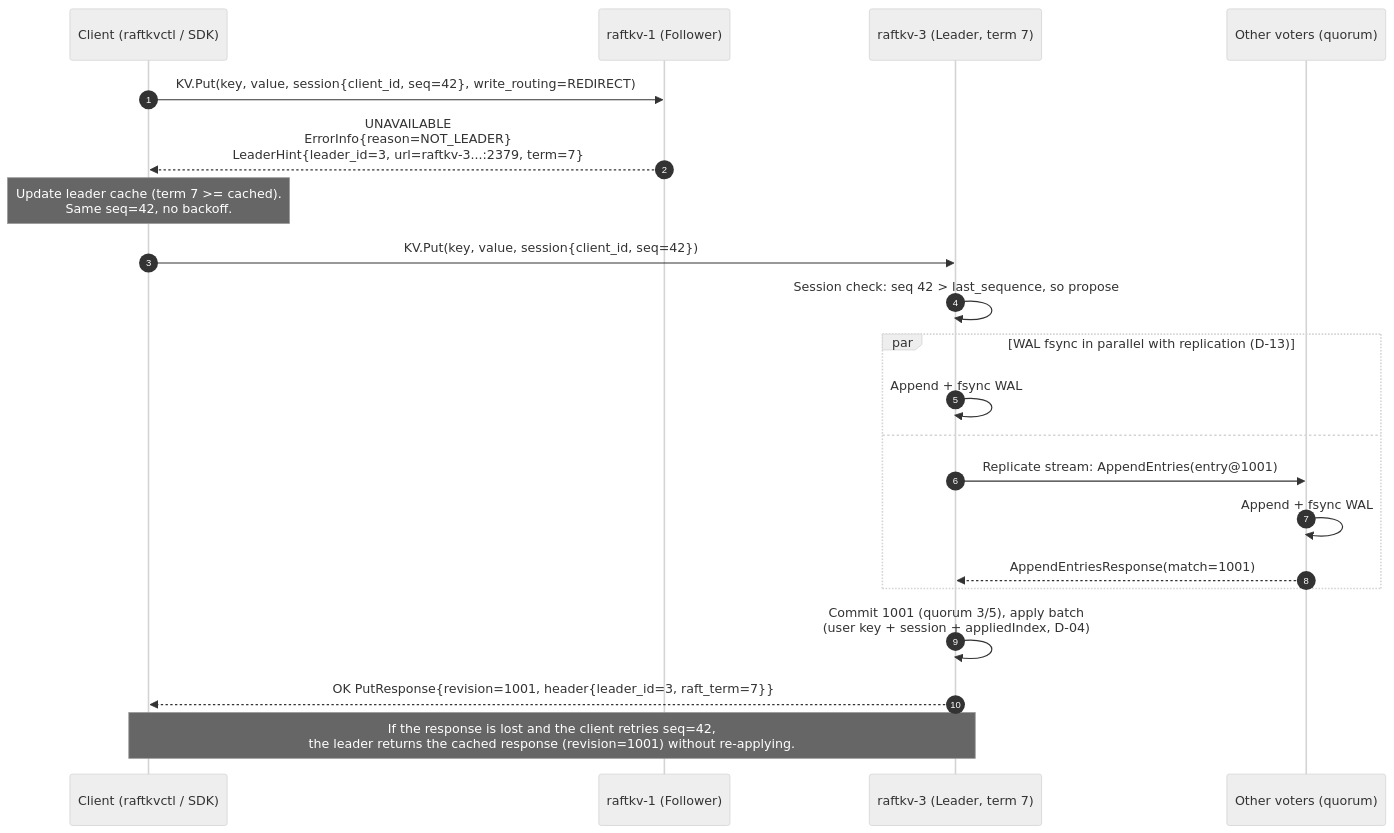
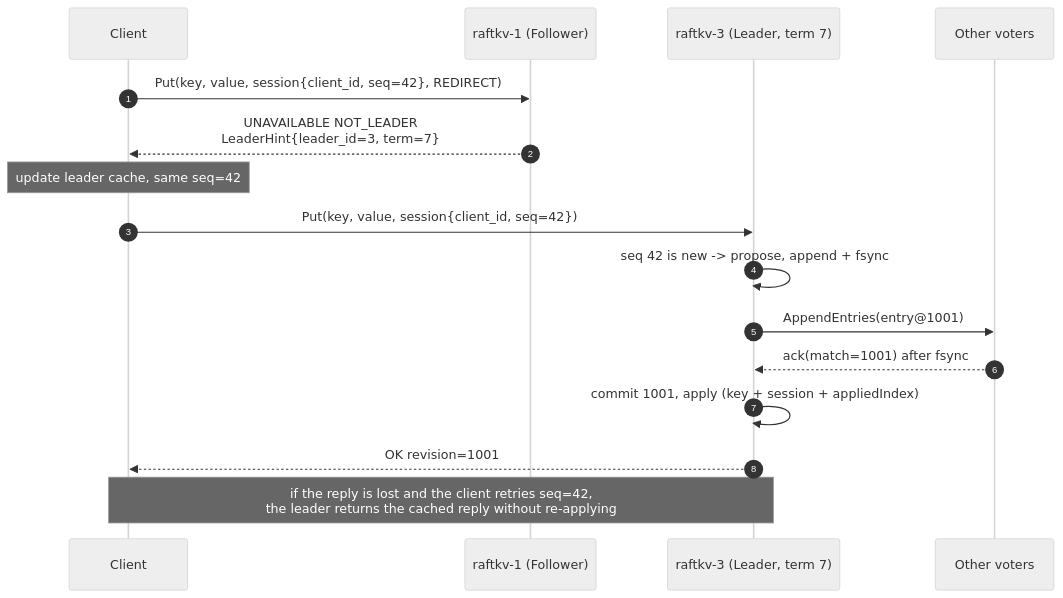
Before and after one commit to bibekgupta3333/raftkv-distributed-store: the diagram in docs/api-design.md, drawn with Mermaid (neutral theme). The commit also changed other lines of this file and 3 other files, not shown here.

First line of the commit message:
docs: simplify architecture, system, API and storage design

````diff
--- a/docs/api-design.md
+++ b/docs/api-design.md
@@ -558,25 +469,19 @@
 ```mermaid
 sequenceDiagram
     autonumber
-    participant C as Client (raftkvctl / SDK)
+    participant C as Client
     participant F as raftkv-1 (Follower)
     participant L as raftkv-3 (Leader, term 7)
-    participant P as Other voters (quorum)
+    participant P as Other voters
 
-    C->>F: KV.Put(key, value, session{client_id, seq=42}, write_routing=REDIRECT)
-    F-->>C: UNAVAILABLE<br/>ErrorInfo{reason=NOT_LEADER}<br/>LeaderHint{leader_id=3, url=raftkv-3...:2379, term=7}
-    Note over C: Update leader cache (term 7 >= cached).<br/>Same seq=42, no backoff.
-    C->>L: KV.Put(key, value, session{client_id, seq=42})
-    L->>L: Session check: seq 42 > last_sequence, so propose
-    par WAL fsync in parallel with replication (D-13)
-        L->>L: Append + fsync WAL
-    and
-        L->>P: Replicate stream: AppendEntries(entry@1001)
-        P->>P: Append + fsync WAL
-        P-->>L: AppendEntriesResponse(match=1001)
-    end
-    L->>L: Commit 1001 (quorum 3/5), apply batch<br/>(user key + session + appliedIndex, D-04)
-    L-->>C: OK PutResponse{revision=1001, header{leader_id=3, raft_term=7}}
-
-    Note over C,L: If the response is lost and the client retries seq=42,<br/>the leader returns the cached response (revision=1001) without re-applying.
+    C->>F: Put(key, value, session{client_id, seq=42}, REDIRECT)
+    F-->>C: UNAVAILABLE NOT_LEADER<br/>LeaderHint{leader_id=3, term=7}
+    Note over C: update leader cache, same seq=42
+    C->>L: Put(key, value, session{client_id, seq=42})
+    L->>L: seq 42 is new -> propose, append + fsync
+    L->>P: AppendEntries(entry@1001)
+    P-->>L: ack(match=1001) after fsync
+    L->>L: commit 1001, apply (key + session + appliedIndex)
+    L-->>C: OK revision=1001
+    Note over C,L: if the reply is lost and the client retries seq=42,<br/>the leader returns the cached reply without re-applying
 ```
````
